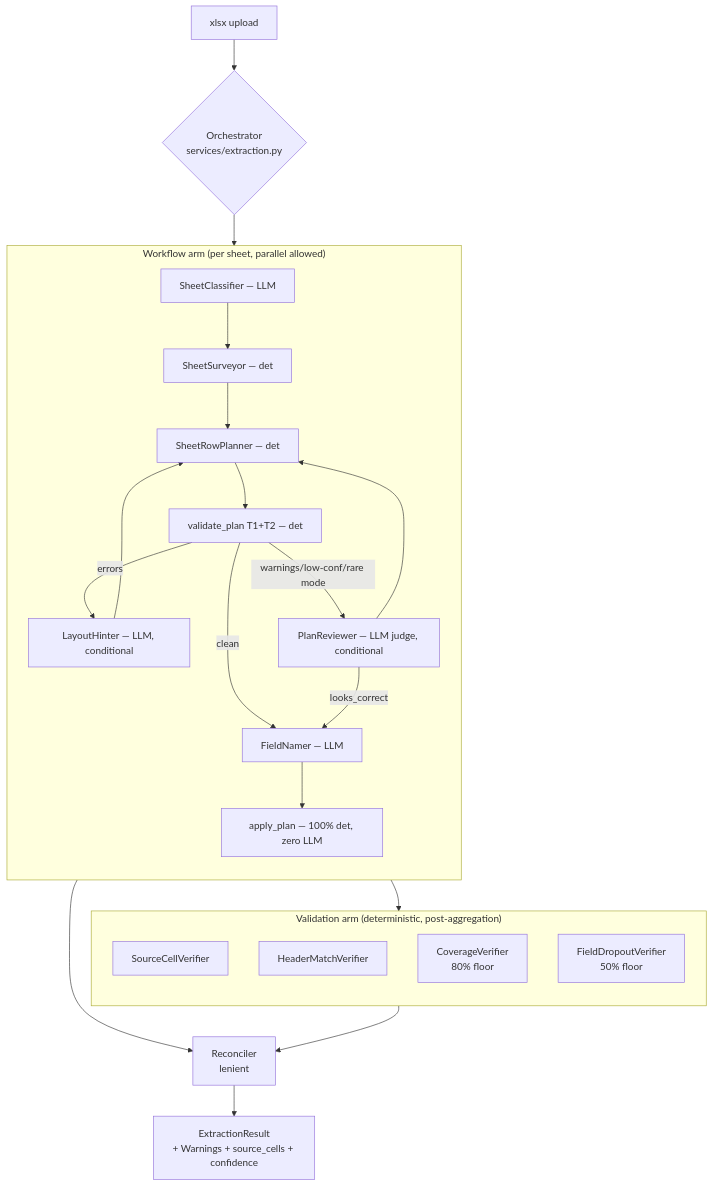
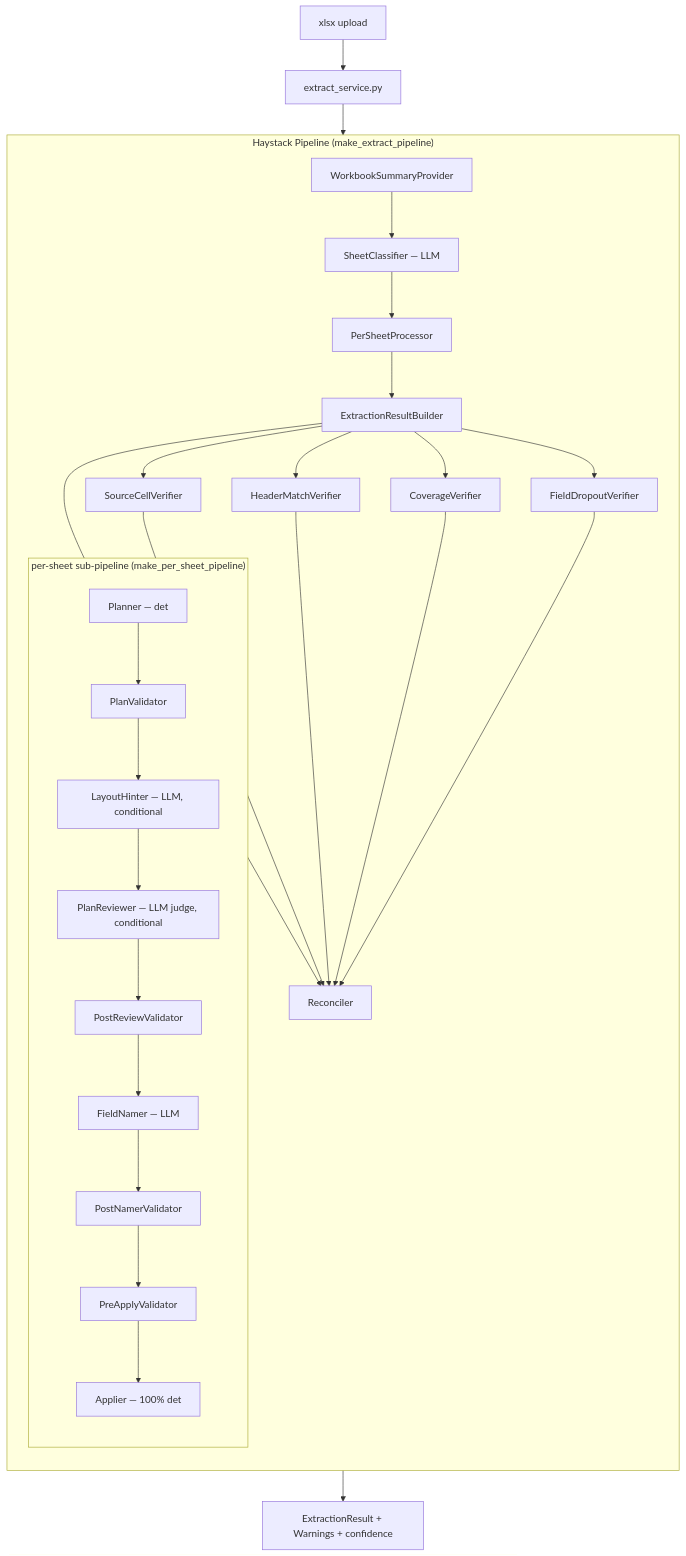
Before and after one commit to DAITA-Labs/tna-service: the second of 5 diagrams in ARCHITECTURE.md, drawn with Mermaid. The commit also changed other lines of this file and 27 other files, not shown here.

First line of the commit message:
refactor(services): split into service layer + retire legacy + docs

````diff
--- a/ARCHITECTURE.md
+++ b/ARCHITECTURE.md
@@ -143,41 +168,41 @@
 ```mermaid
 flowchart TB
     INPUT[xlsx upload]
-    ORCH{Orchestrator<br/>services/extraction.py}
+    SVC[extract_service.py]
 
-    subgraph WF["Workflow arm (per sheet, parallel allowed)"]
+    subgraph PIPE["Haystack Pipeline (make_extract_pipeline)"]
       direction TB
-      W1[SheetClassifier — LLM]
-      W2[SheetSurveyor — det]
-      W3[SheetRowPlanner — det]
-      W3a[validate_plan T1+T2 — det]
-      W3b[LayoutHinter — LLM, conditional]
-      W3c[PlanReviewer — LLM judge, conditional]
-      W4[FieldNamer — LLM]
-      W5[apply_plan — 100% det, zero LLM]
-      W1 --> W2 --> W3 --> W3a
-      W3a -- errors --> W3b --> W3
-      W3a -- warnings/low-conf/rare mode --> W3c --> W3
-      W3a -- clean --> W4
-      W3c -- looks_correct --> W4
-      W4 --> W5
+      WS[WorkbookSummaryProvider]
+      SC[SheetClassifier — LLM]
+      PS[PerSheetProcessor]
+
+      subgraph PSP["per-sheet sub-pipeline (make_per_sheet_pipeline)"]
+        direction TB
+        PL[Planner — det]
+        PV[PlanValidator]
+        LH[LayoutHinter — LLM, conditional]
+        PR[PlanReviewer — LLM judge, conditional]
+        PRV[PostReviewValidator]
+        FN[FieldNamer — LLM]
+        PNV[PostNamerValidator]
+        PAV[PreApplyValidator]
+        AP[Applier — 100% det]
+        PL --> PV --> LH --> PR --> PRV --> FN --> PNV --> PAV --> AP
+      end
+
+      RB[ExtractionResultBuilder]
+      V1[SourceCellVerifier]
+      V2[HeaderMatchVerifier]
+      V3[CoverageVerifier]
+      V4[FieldDropoutVerifier]
+      RC[Reconciler]
+
+      WS --> SC --> PS --> RB
+      RB --> V1 & V2 & V3 & V4 & RC
+      V1 & V2 & V3 & V4 --> RC
     end
 
-    subgraph VL["Validation arm (deterministic, post-aggregation)"]
-      direction TB
-      V1[SourceCellVerifier]
-      V2[HeaderMatchVerifier]
-      V3[CoverageVerifier<br/>80% floor]
-      V4[FieldDropoutVerifier<br/>50% floor]
-    end
+    OUT[ExtractionResult + Warnings + confidence]
 
-    RECON[Reconciler<br/>lenient]
-    OUT[ExtractionResult<br/>+ Warnings + source_cells + confidence]
-
-    INPUT --> ORCH
-    ORCH --> WF
-    WF --> VL
-    WF --> RECON
-    VL --> RECON
-    RECON --> OUT
+    INPUT --> SVC --> PIPE --> OUT
 ```
````
